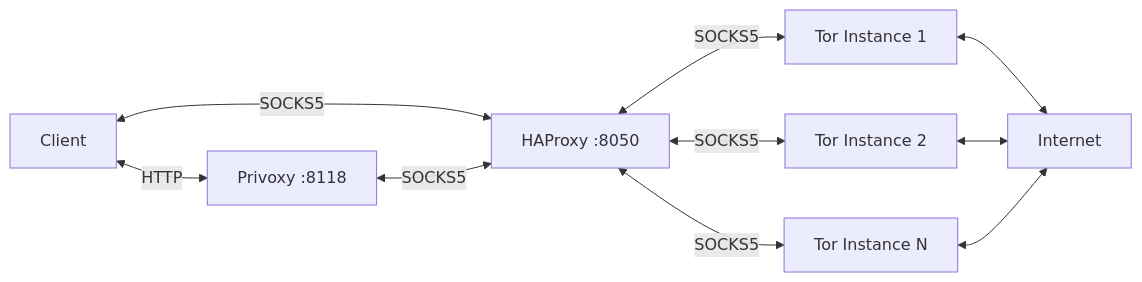
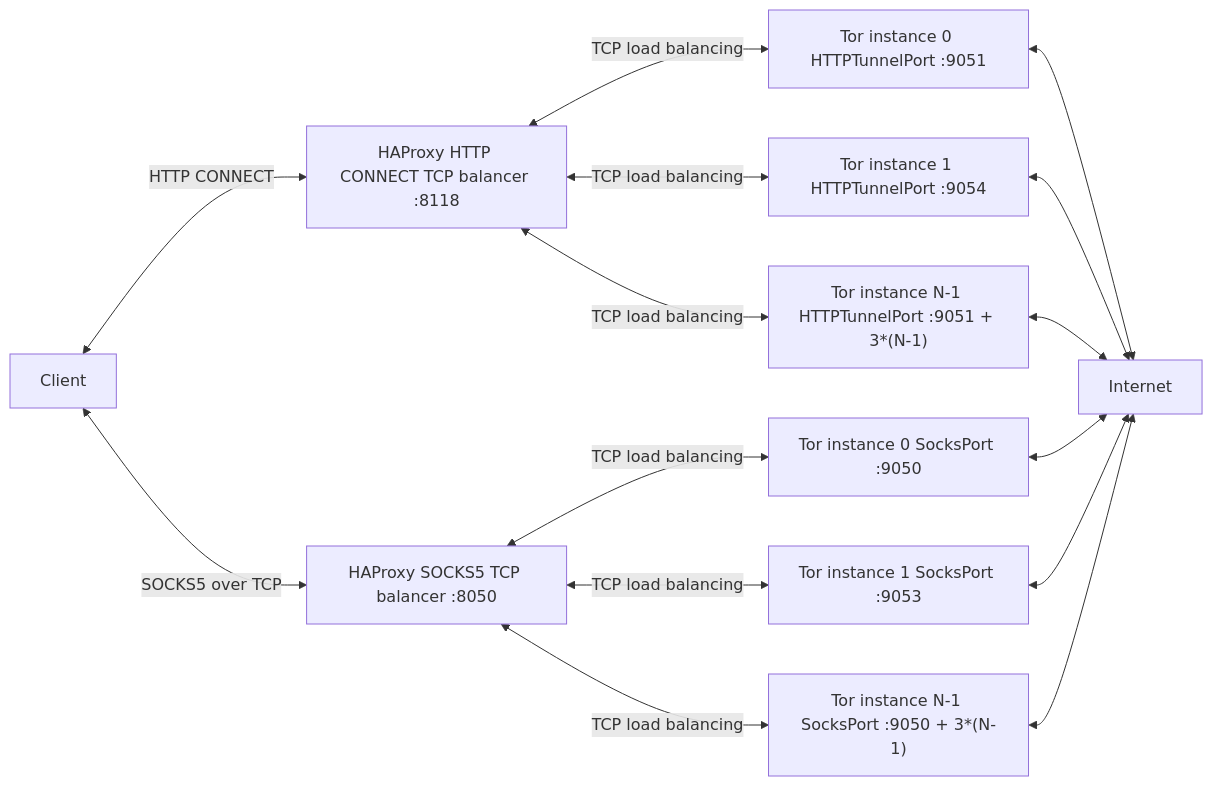
One commit to perennialtech/docker-tor-privoxy-alpine changed the diagram in README.md. Above: the diagram before and after it, drawn with Mermaid. The commit also changed other lines of this file and 8 other files, not shown here.

````diff
--- a/README.md
+++ b/README.md
@@ -25,20 +9,28 @@
 ```mermaid
 graph LR
     Client[Client]
-    Privoxy[Privoxy :8118]
-    HAProxy[HAProxy :8050]
-    Tor1[Tor Instance 1]
-    Tor2[Tor Instance 2]
-    TorN[Tor Instance N]
+    HAProxyHTTP[HAProxy HTTP CONNECT TCP balancer :8118]
+    HAProxySOCKS[HAProxy SOCKS5 TCP balancer :8050]
+    Tor0HTTP[Tor instance 0 HTTPTunnelPort :9051]
+    Tor1HTTP[Tor instance 1 HTTPTunnelPort :9054]
+    TorLastHTTP["Tor instance N-1 HTTPTunnelPort :9051 + 3*(N-1)"]
+    Tor0SOCKS[Tor instance 0 SocksPort :9050]
+    Tor1SOCKS[Tor instance 1 SocksPort :9053]
+    TorLastSOCKS["Tor instance N-1 SocksPort :9050 + 3*(N-1)"]
     Internet[Internet]
 
-    Client <-->|HTTP| Privoxy
-    Client <-->|SOCKS5| HAProxy
-    Privoxy <-->|SOCKS5| HAProxy
-    HAProxy <-->|SOCKS5| Tor1
-    HAProxy <-->|SOCKS5| Tor2
-    HAProxy <-->|SOCKS5| TorN
-    Tor1 <--> Internet
-    Tor2 <--> Internet
-    TorN <--> Internet
+    Client <-->|HTTP CONNECT| HAProxyHTTP
+    Client <-->|SOCKS5 over TCP| HAProxySOCKS
+    HAProxyHTTP <-->|TCP load balancing| Tor0HTTP
+    HAProxyHTTP <-->|TCP load balancing| Tor1HTTP
+    HAProxyHTTP <-->|TCP load balancing| TorLastHTTP
+    HAProxySOCKS <-->|TCP load balancing| Tor0SOCKS
+    HAProxySOCKS <-->|TCP load balancing| Tor1SOCKS
+    HAProxySOCKS <-->|TCP load balancing| TorLastSOCKS
+    Tor0HTTP <--> Internet
+    Tor1HTTP <--> Internet
+    TorLastHTTP <--> Internet
+    Tor0SOCKS <--> Internet
+    Tor1SOCKS <--> Internet
+    TorLastSOCKS <--> Internet
 ```
````
